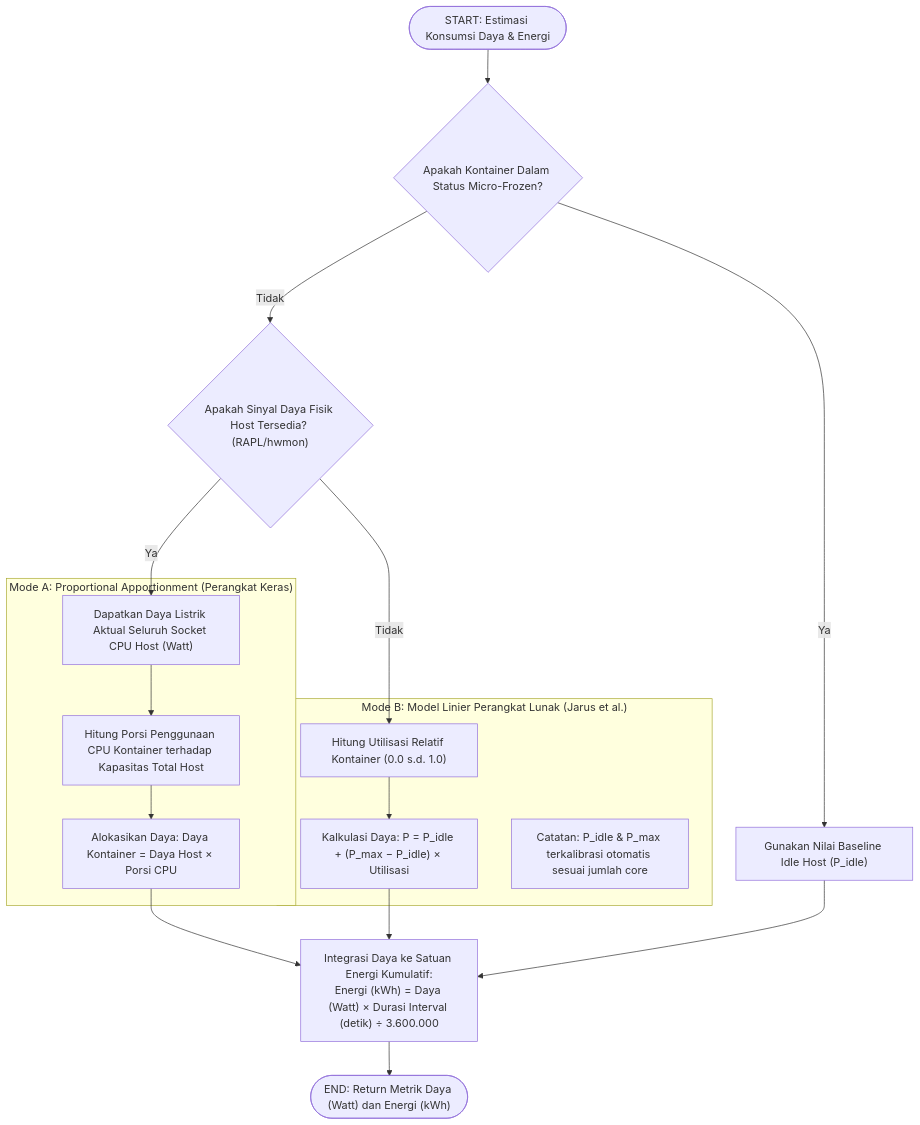
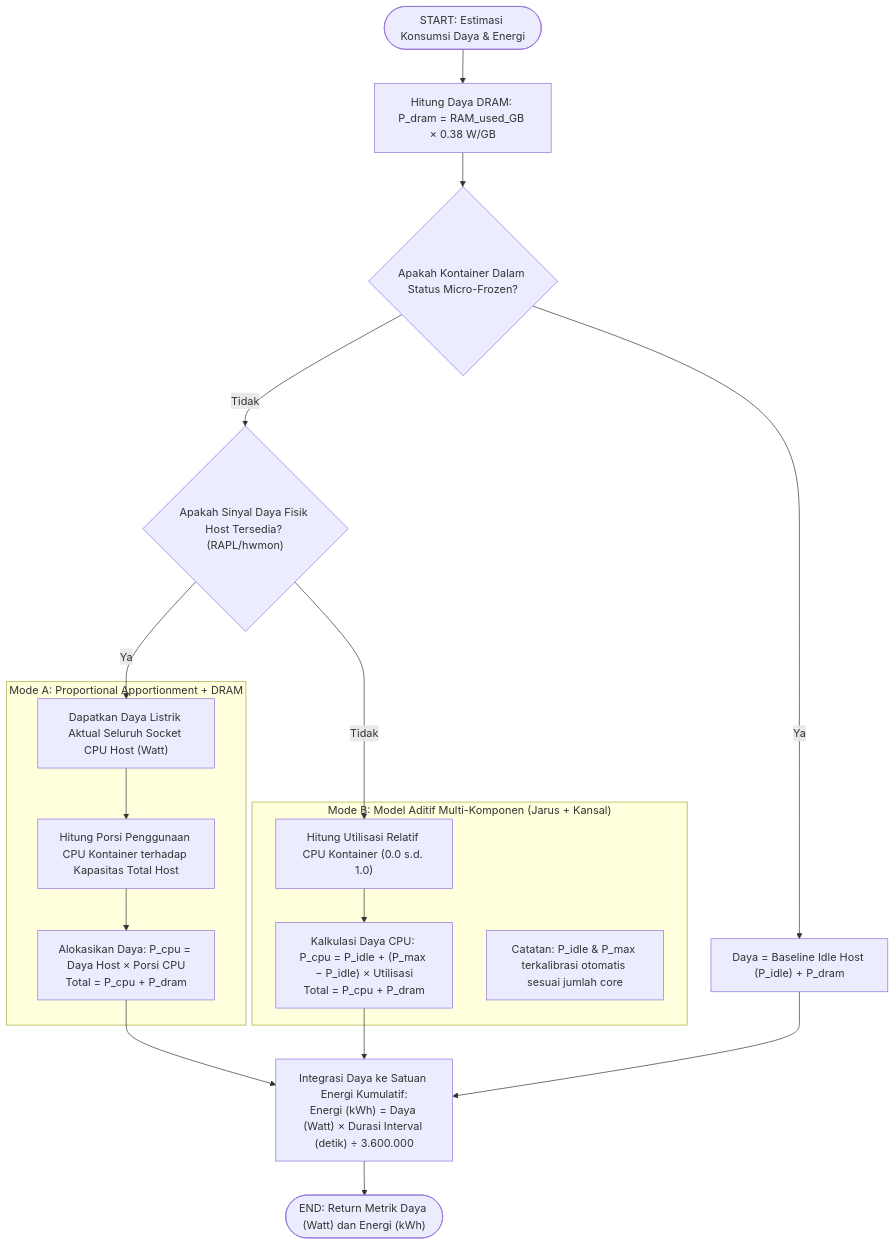
One commit to fauzanreza/green-container-framework changed the second of 2 diagrams in architecture-diagrams/supplementary/01_energy_estimator.md. Above: the diagram before and after it, drawn with Mermaid. The commit also changed other lines of this file and 13 other files, not shown here.

Commit message:
Menyesuaikan diagram

````diff
--- a/architecture-diagrams/supplementary/01_energy_estimator.md
+++ b/architecture-diagrams/supplementary/01_energy_estimator.md
@@ -77,41 +83,43 @@
 ```mermaid
 flowchart TD
     START(["START: Estimasi Konsumsi Daya & Energi"])
+    HITUNG_DRAM["Hitung Daya DRAM: P_dram = RAM_used_GB × 0.38 W/GB"]
 
     CEK_BEKU{"Apakah Kontainer Dalam Status Micro-Frozen?"}
-    DAYA_IDLE["Gunakan Nilai Baseline Idle Host (P_idle)"]
+    DAYA_IDLE["Daya = Baseline Idle Host (P_idle) + P_dram"]
 
     CEK_SENSOR_FISIK{"Apakah Sinyal Daya Fisik Host Tersedia? (RAPL/hwmon)"}
 
-    subgraph JALUR_HARDWARE["Mode A: Proportional Apportionment (Perangkat Keras)"]
+    subgraph JALUR_HARDWARE["Mode A: Proportional Apportionment + DRAM"]
         BACA_DAYA_TOTAL["Dapatkan Daya Listrik Aktual Seluruh Socket CPU Host (Watt)"]
         HITUNG_PORSI["Hitung Porsi Penggunaan CPU Kontainer terhadap Kapasitas Total Host"]
-        ALOKASI_PORSI["Alokasikan Daya: Daya Kontainer = Daya Host × Porsi CPU"]
+        ALOKASI_PORSI["Alokasikan Daya: P_cpu = Daya Host × Porsi CPU<br/>Total = P_cpu + P_dram"]
     end
 
-    subgraph JALUR_SOFTWARE["Mode B: Model Linier Perangkat Lunak (Jarus et al.)"]
-        HITUNG_UTILISASI["Hitung Utilisasi Relatif Kontainer (0.0 s.d. 1.0)"]
-        INTERPOLASI_DAYA["Kalkulasi Daya: P = P_idle + (P_max − P_idle) × Utilisasi"]
+    subgraph JALUR_SOFTWARE["Mode B: Model Aditif Multi-Komponen (Jarus + Kansal)"]
+        HITUNG_UTILISASI["Hitung Utilisasi Relatif CPU Kontainer (0.0 s.d. 1.0)"]
+        INTERPOLASI_DAYA["Kalkulasi Daya CPU: P_cpu = P_idle + (P_max − P_idle) × Utilisasi<br/>Total = P_cpu + P_dram"]
         KALIBRASI_DINAMIS["Catatan: P_idle & P_max terkalibrasi otomatis sesuai jumlah core"]
     end
 
     INTEGRASI_ENERGI["Integrasi Daya ke Satuan Energi Kumulatif:<br/>Energi (kWh) = Daya (Watt) × Durasi Interval (detik) ÷ 3.600.000"]
 
     SELESAI(["END: Return Metrik Daya (Watt) dan Energi (kWh)"])
 
-    START --> CEK_BEKU
+    START --> HITUNG_DRAM
+    HITUNG_DRAM --> CEK_BEKU
     CEK_BEKU -->|Ya| DAYA_IDLE
     CEK_BEKU -->|Tidak| CEK_SENSOR_FISIK
 
     CEK_SENSOR_FISIK -->|Ya| BACA_DAYA_TOTAL
     BACA_DAYA_TOTAL --> HITUNG_PORSI
     HITUNG_PORSI --> ALOKASI_PORSI
     ALOKASI_PORSI --> INTEGRASI_ENERGI
 
     CEK_SENSOR_FISIK -->|Tidak| HITUNG_UTILISASI
     HITUNG_UTILISASI --> INTERPOLASI_DAYA
     INTERPOLASI_DAYA --> INTEGRASI_ENERGI
 
     DAYA_IDLE --> INTEGRASI_ENERGI
     INTEGRASI_ENERGI --> SELESAI
 ```
````
